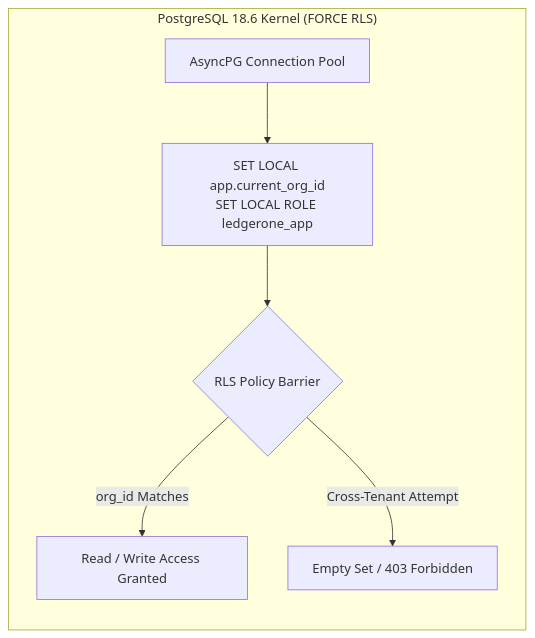
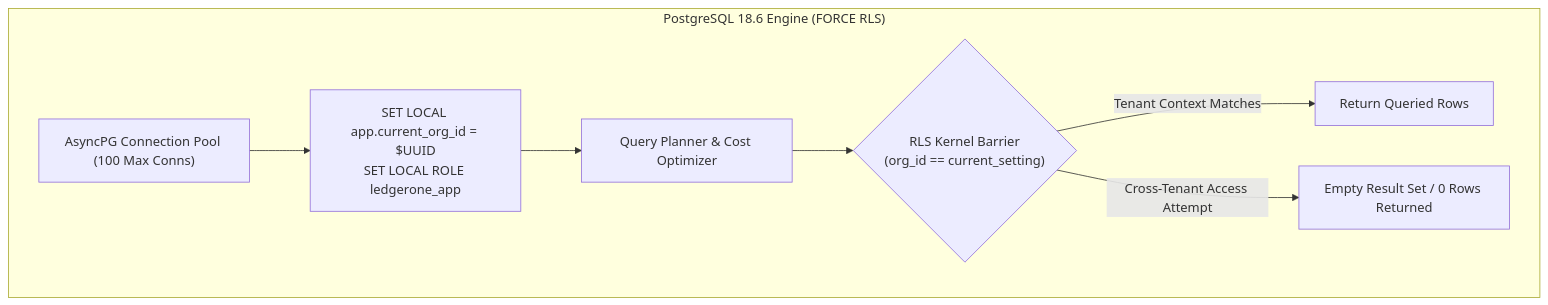
The third of 5 diagrams in README.md (GuptaHarsh7706/LedgerOne), drawn with Mermaid before and after one commit. The commit also changed other lines of this file and 5 other files, not shown here.

````diff
--- a/README.md
+++ b/README.md
@@ -164,10 +149,10 @@
 ```mermaid
 flowchart TD
-    subgraph Neon_Postgres["PostgreSQL 18.6 Kernel (FORCE RLS)"]
-        direction TB
-        ConnPool["AsyncPG Connection Pool"] --> SetTenant["SET LOCAL app.current_org_id\nSET LOCAL ROLE ledgerone_app"]
-        SetTenant --> Filter{"RLS Policy Barrier"}
-        Filter -->|"org_id Matches"| Allowed["Read / Write Access Granted"]
-        Filter -->|"Cross-Tenant Attempt"| Blocked["Empty Set / 403 Forbidden"]
+    subgraph PostgresEngine["PostgreSQL 18.6 Engine (FORCE RLS)"]
+        Pool["AsyncPG Connection Pool (100 Max Conns)"] --> Inject["SET LOCAL app.current_org_id = $UUID\nSET LOCAL ROLE ledgerone_app"]
+        Inject --> QueryPlanner["Query Planner & Cost Optimizer"]
+        QueryPlanner --> RLSPolicy{"RLS Kernel Barrier\n(org_id == current_setting)"}
+        RLSPolicy -- "Tenant Context Matches" --> AccessOK["Return Queried Rows"]
+        RLSPolicy -- "Cross-Tenant Access Attempt" --> AccessDenied["Empty Result Set / 0 Rows Returned"]
     end
 ```
````
